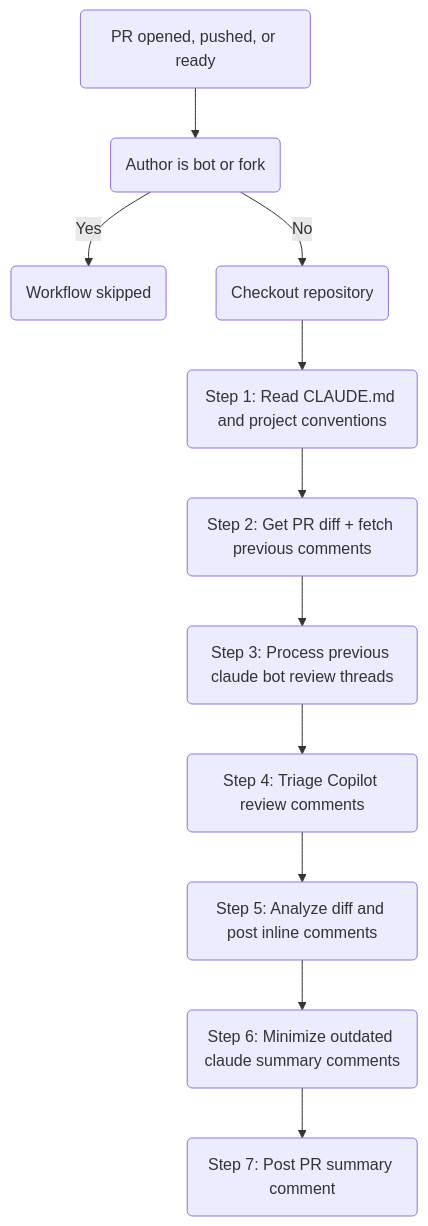
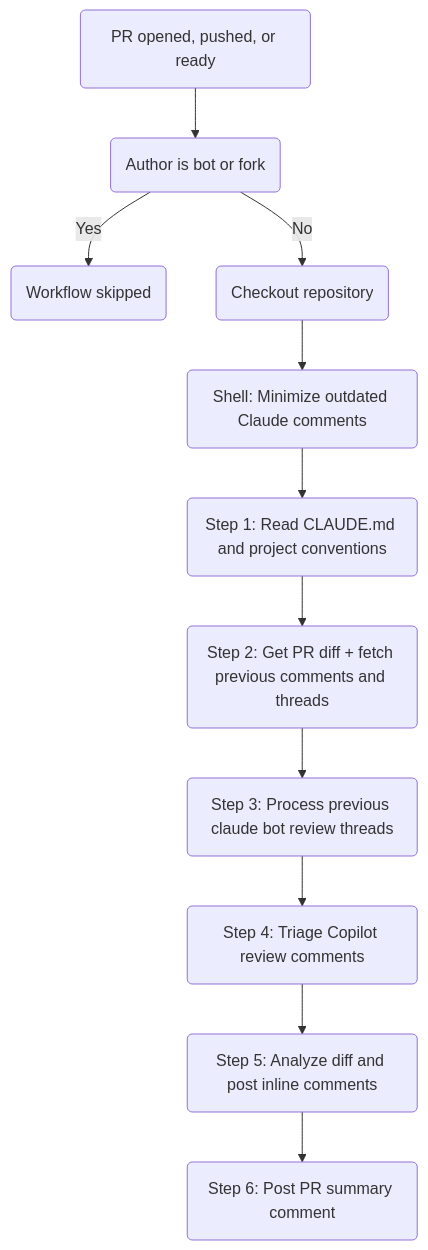
Before and after one commit to SchweizerischeBundesbahnen/github-workflows-polarion: the first of 2 diagrams in docs/claude-code-review.md, drawn with Mermaid. The commit also changed other lines of this file and 1 other file, not shown here.

First line of the commit message:
refactor: switch inline comments to MCP tool (#36)

````diff
--- a/docs/claude-code-review.md
+++ b/docs/claude-code-review.md
@@ -38,13 +40,13 @@
 ```mermaid
 flowchart TD
   A(PR opened, pushed, or ready) --> B(Author is bot or fork)
   B -->|Yes| Z(Workflow skipped)
   B -->|No| C(Checkout repository)
-  C --> D(Step 1: Read CLAUDE.md and project conventions)
-  D --> E(Step 2: Get PR diff + fetch previous comments)
-  E --> F(Step 3: Process previous claude bot review threads)
-  F --> G(Step 4: Triage Copilot review comments)
-  G --> H(Step 5: Analyze diff and post inline comments)
-  H --> I(Step 6: Minimize outdated claude summary comments)
-  I --> J(Step 7: Post PR summary comment)
+  C --> D(Shell: Minimize outdated Claude comments)
+  D --> E(Step 1: Read CLAUDE.md and project conventions)
+  E --> F(Step 2: Get PR diff + fetch previous comments and threads)
+  F --> G(Step 3: Process previous claude bot review threads)
+  G --> H(Step 4: Triage Copilot review comments)
+  H --> I(Step 5: Analyze diff and post inline comments)
+  I --> J(Step 6: Post PR summary comment)
 ```
````
